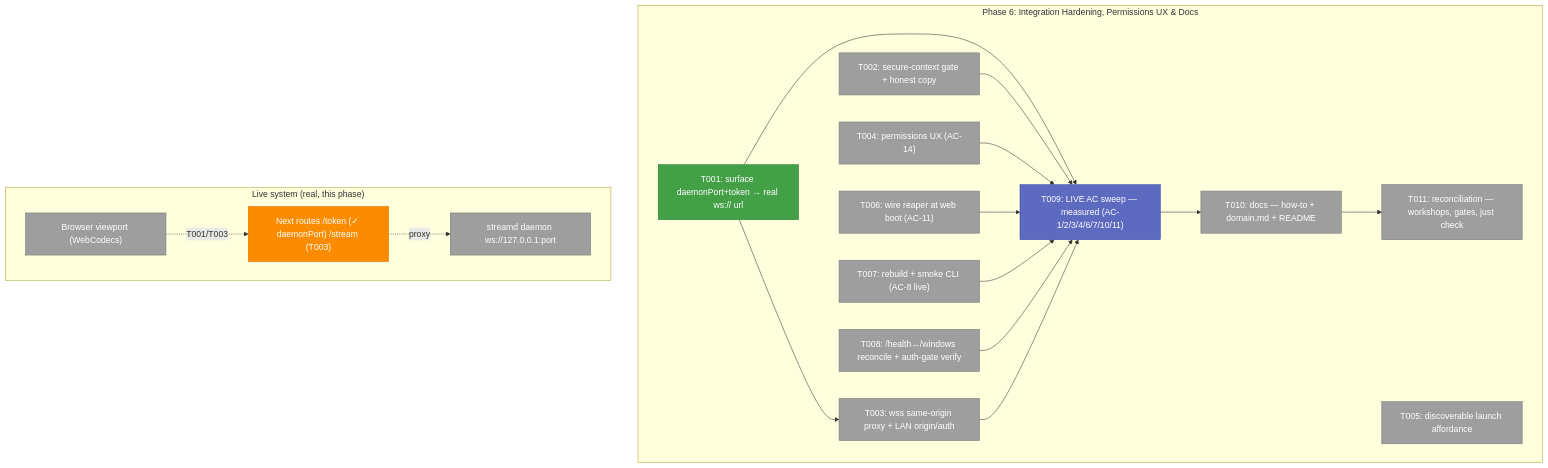
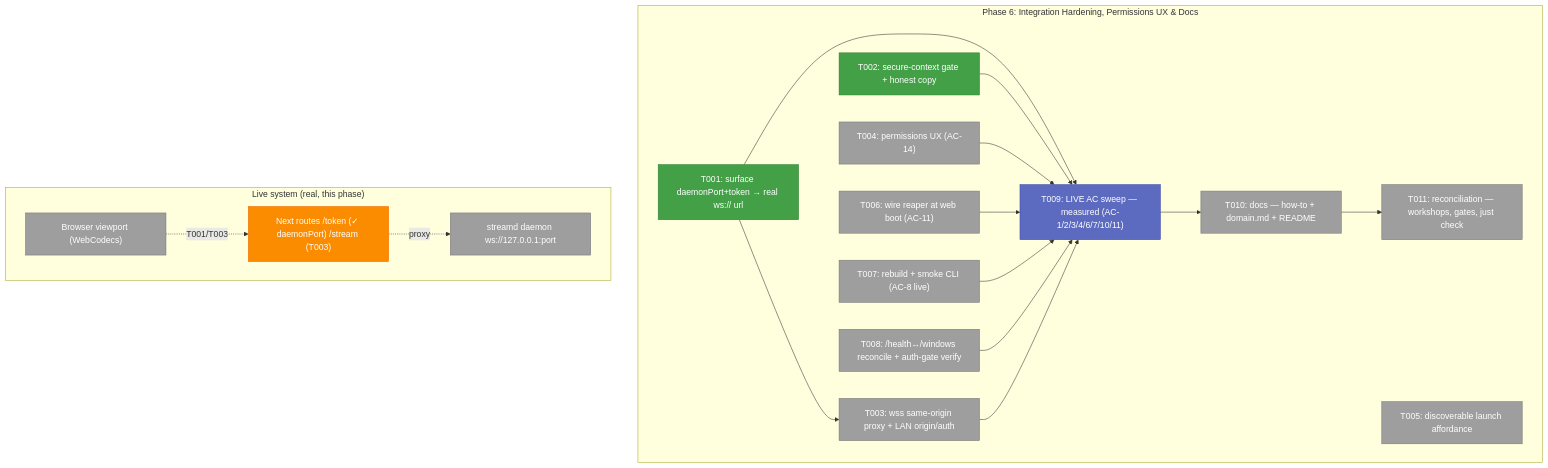
The first of 3 diagrams in docs/plans/088-remote-app-view/tasks/phase-6-integration-hardening-permissions-ux-docs/tasks.md (AI-Substrate/chainglass), drawn with Mermaid before and after one commit. The commit also changed other lines of this file and 4 other files, not shown here.

First line of the commit message:
feat(remote-view): T002 secure-context-aware decode gate + honest copy (Plan 088 Phase 6)

````diff
--- a/docs/plans/088-remote-app-view/tasks/phase-6-integration-hardening-permissions-ux-docs/tasks.md
+++ b/docs/plans/088-remote-app-view/tasks/phase-6-integration-hardening-permissions-ux-docs/tasks.md
@@ -97,39 +97,39 @@
 ```mermaid
 flowchart TD
     classDef pending fill:#9E9E9E,stroke:#757575,color:#fff
     classDef gate fill:#5C6BC0,stroke:#3949AB,color:#fff
     classDef completed fill:#43A047,stroke:#2E7D32,color:#fff
     classDef inprogress fill:#FB8C00,stroke:#EF6C00,color:#fff
 
     subgraph P6["Phase 6: Integration Hardening, Permissions UX & Docs"]
         T001["T001: surface daemonPort+token → real ws:// url"]:::completed
-        T002["T002: secure-context gate + honest copy"]:::pending
+        T002["T002: secure-context gate + honest copy"]:::completed
         T003["T003: wss same-origin proxy + LAN origin/auth"]:::pending
         T004["T004: permissions UX (AC-14)"]:::pending
         T005["T005: discoverable launch affordance"]:::pending
         T006["T006: wire reaper at web boot (AC-11)"]:::pending
         T007["T007: rebuild + smoke CLI (AC-8 live)"]:::pending
         T008["T008: /health↔/windows reconcile + auth-gate verify"]:::pending
         T009["T009: LIVE AC sweep — measured (AC-1/2/3/4/6/7/10/11)"]:::gate
         T010["T010: docs — how-to + domain.md + README"]:::pending
         T011["T011: reconciliation — workshops, gates, just check"]:::pending
 
         T001 --> T003
         T001 --> T009
         T002 --> T009
         T004 --> T009
         T006 --> T009
         T007 --> T009
         T008 --> T009
         T003 --> T009
         T009 --> T010
         T010 --> T011
     end
 
     subgraph Live["Live system (real, this phase)"]
         BR["Browser viewport (WebCodecs)"]:::pending
         NX["Next routes /token (✓ daemonPort) /stream (T003)"]:::inprogress
         DA["streamd daemon ws://127.0.0.1:port"]:::pending
         BR -.T001/T003.-> NX -.proxy.-> DA
     end
 ```
````
